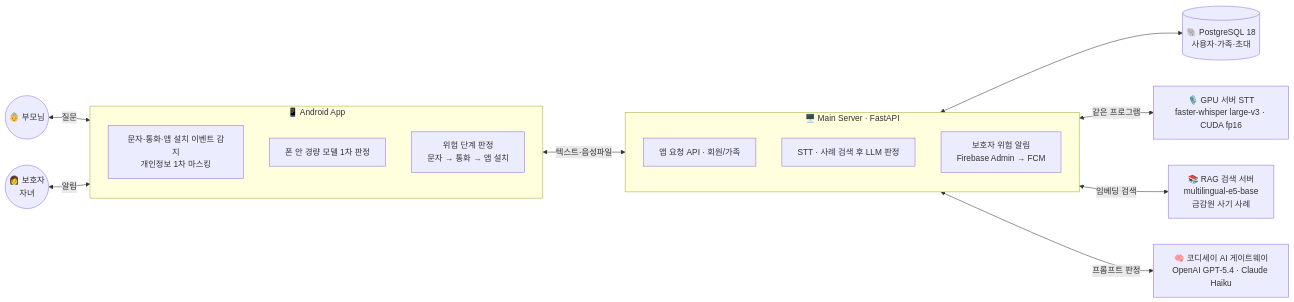
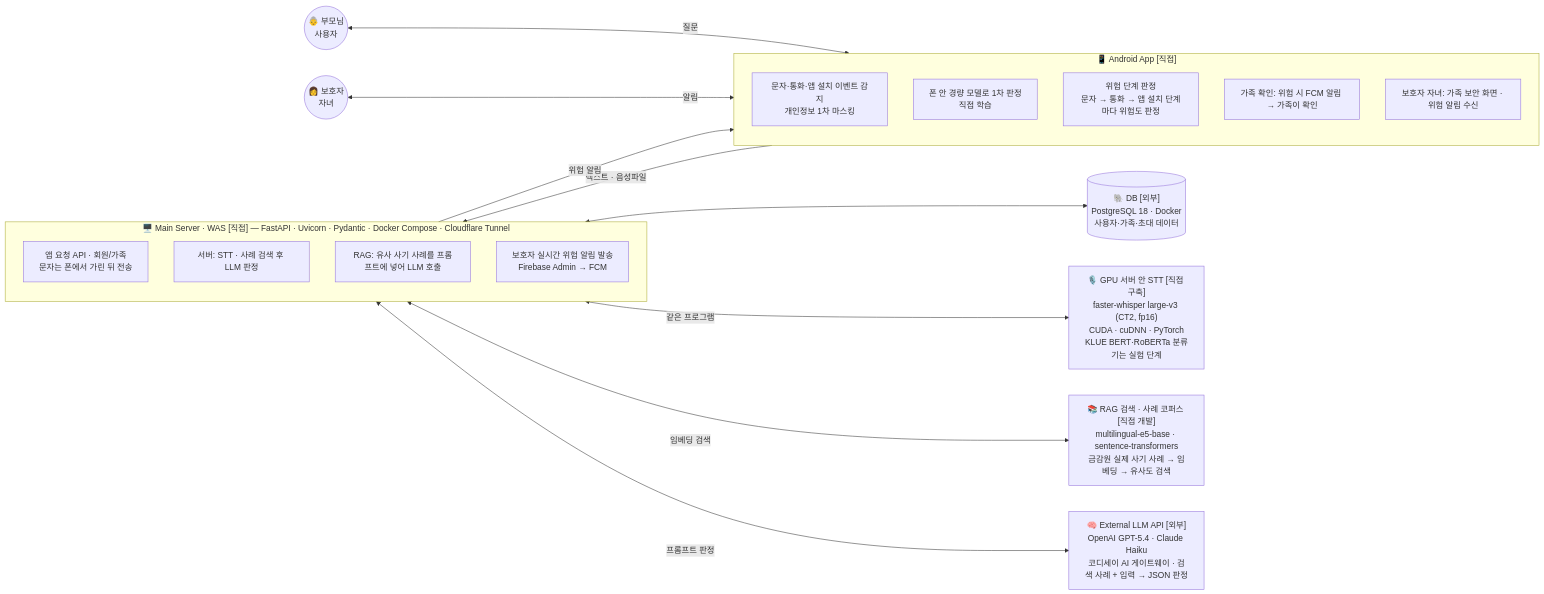
One commit to jha21vvv/26codyssey_hackerton changed the diagram in README.md. Above: the diagram before and after it, drawn with Mermaid. The commit also changed other lines of this file, not shown here.

First line of the commit message:
Revise README for clarity on features and architecture

````diff
--- a/README.md
+++ b/README.md
@@ -99,24 +101,28 @@
 ```mermaid
 flowchart LR
-    P((👵 부모님)) <-->|질문| APP
+    P((👵 부모님<br/>사용자)) <-->|질문| APP
     G((👩 보호자<br/>자녀)) <-->|알림| APP
 
-    subgraph APP[📱 Android App]
+    subgraph APP["📱 Android App [직접]"]
         A1[문자·통화·앱 설치 이벤트 감지<br/>개인정보 1차 마스킹]
-        A2[폰 안 경량 모델 1차 판정]
-        A3[위험 단계 판정<br/>문자 → 통화 → 앱 설치]
+        A2[폰 안 경량 모델로 1차 판정<br/>직접 학습]
+        A3[위험 단계 판정<br/>문자 → 통화 → 앱 설치 단계마다 위험도 판정]
+        A4[가족 확인: 위험 시 FCM 알림 → 가족이 확인]
+        A5[보호자 자녀: 가족 보안 화면 · 위험 알림 수신]
     end
 
-    APP <-->|텍스트·음성파일| WAS
+    APP -->|텍스트 · 음성파일| WAS
+    WAS -->|위험 알림| APP
 
-    subgraph WAS[🖥️ Main Server · FastAPI]
-        W1[앱 요청 API · 회원/가족]
-        W2[STT · 사례 검색 후 LLM 판정]
-        W3[보호자 위험 알림<br/>Firebase Admin → FCM]
+    subgraph WAS["🖥️ Main Server · WAS [직접] — FastAPI · Uvicorn · Pydantic · Docker Compose · Cloudflare Tunnel"]
+        W1[앱 요청 API · 회원/가족<br/>문자는 폰에서 가린 뒤 전송]
+        W2[서버: STT · 사례 검색 후 LLM 판정]
+        W3[RAG: 유사 사기 사례를 프롬프트에 넣어 LLM 호출]
+        W4[보호자 실시간 위험 알림 발송<br/>Firebase Admin → FCM]
     end
 
-    WAS <--> DB[(🐘 PostgreSQL 18<br/>사용자·가족·초대)]
-    WAS <-->|같은 프로그램| STT[🎙️ GPU 서버 STT<br/>faster-whisper large-v3 · CUDA fp16]
-    WAS <-->|임베딩 검색| RAG[📚 RAG 검색 서버<br/>multilingual-e5-base<br/>금감원 사기 사례]
-    WAS <-->|프롬프트 판정| LLM[🧠 코디세이 AI 게이트웨이<br/>OpenAI GPT-5.4 · Claude Haiku]
+    WAS <--> DB[("🐘 DB [외부]<br/>PostgreSQL 18 · Docker<br/>사용자·가족·초대 데이터")]
+    WAS <-->|같은 프로그램| STT["🎙️ GPU 서버 안 STT [직접 구축]<br/>faster-whisper large-v3 (CT2, fp16)<br/>CUDA · cuDNN · PyTorch<br/>KLUE BERT·RoBERTa 분류기는 실험 단계"]
+    WAS <-->|임베딩 검색| RAG["📚 RAG 검색 · 사례 코퍼스 [직접 개발]<br/>multilingual-e5-base · sentence-transformers<br/>금감원 실제 사기 사례 → 임베딩 → 유사도 검색"]
+    WAS <-->|프롬프트 판정| LLM["🧠 External LLM API [외부]<br/>OpenAI GPT-5.4 · Claude Haiku<br/>코디세이 AI 게이트웨이 · 검색 사례 + 입력 → JSON 판정"]
 ```
````
